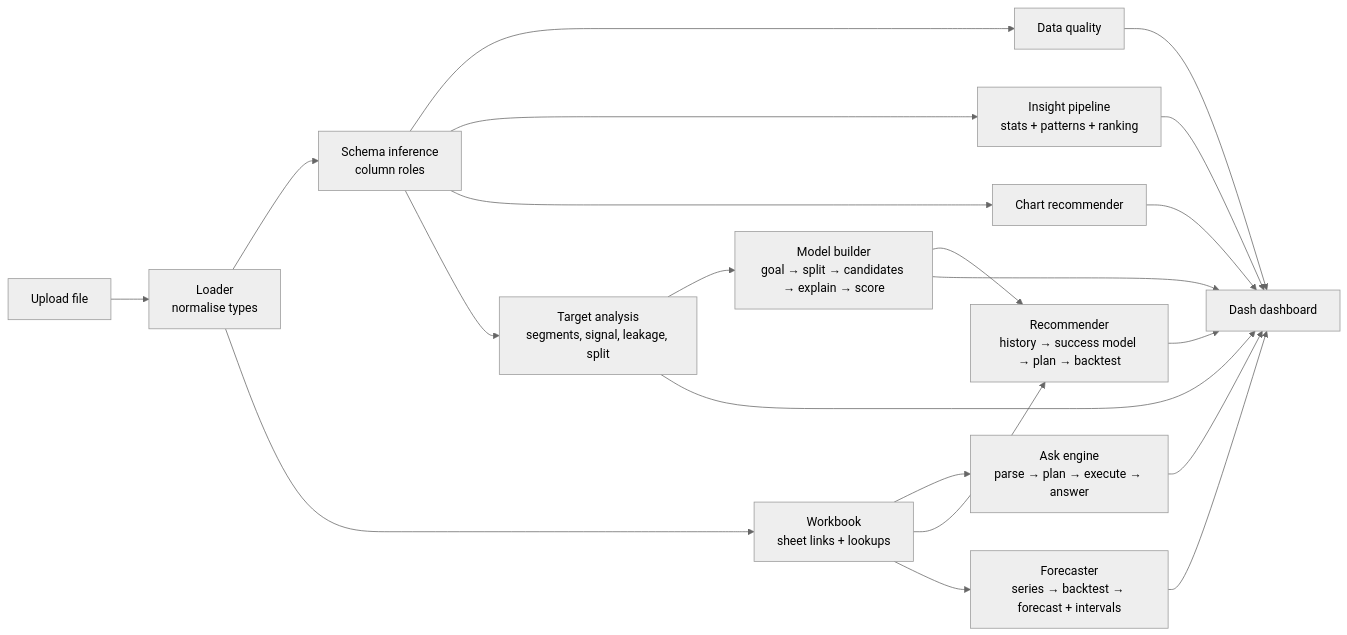
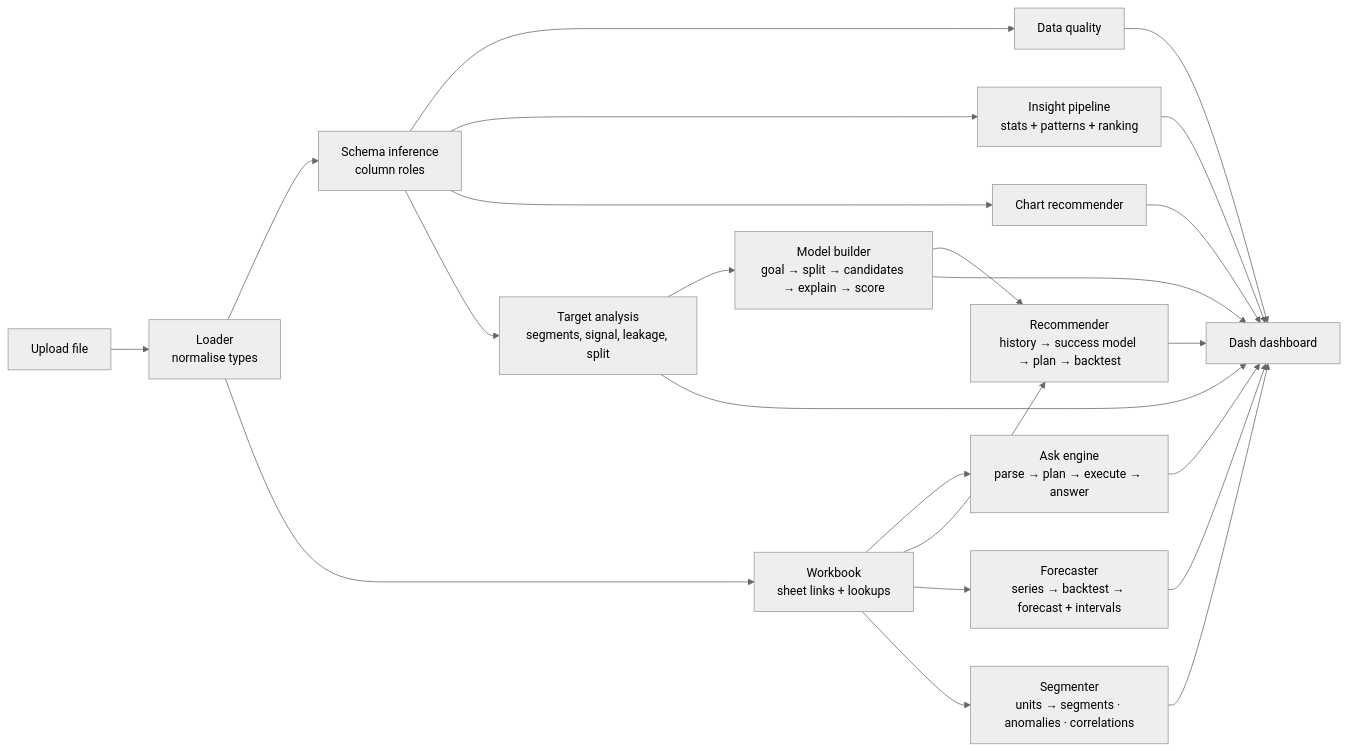
One commit to kulkarniDurvesh/ai-data-scientist-platform changed the diagram in README.md. Above: the diagram before and after it, drawn with Mermaid (neutral theme). The commit also changed other lines of this file and 14 other files, not shown here.

First line of the commit message:
Phase 3d: segmentation, anomalies and correlations (Segments tab)

````diff
--- a/README.md
+++ b/README.md
@@ -181,16 +196,17 @@
 ```mermaid
 flowchart LR
     A[Upload file] --> B[Loader<br/>normalise types]
     B --> C[Schema inference<br/>column roles]
     C --> D[Data quality]
     C --> E[Insight pipeline<br/>stats + patterns + ranking]
     C --> F[Chart recommender]
     B --> W[Workbook<br/>sheet links + lookups]
     W --> Q[Ask engine<br/>parse → plan → execute → answer]
     C --> T[Target analysis<br/>segments, signal, leakage, split]
     T --> M[Model builder<br/>goal → split → candidates → explain → score]
     W --> R[Recommender<br/>history → success model → plan → backtest]
     M --> R
     W --> FC[Forecaster<br/>series → backtest → forecast + intervals]
-    D & E & F & Q & T & M & R & FC --> UI[Dash dashboard]
+    W --> SG[Segmenter<br/>units → segments · anomalies · correlations]
+    D & E & F & Q & T & M & R & FC & SG --> UI[Dash dashboard]
 ```
````
